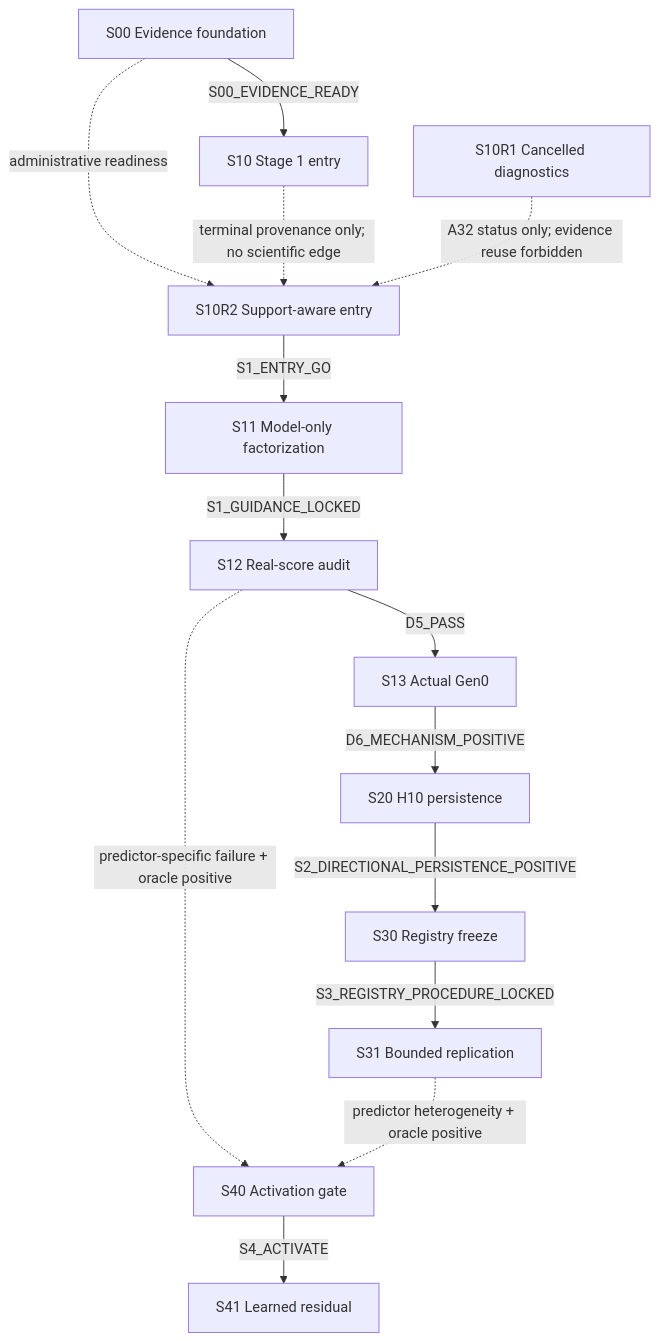
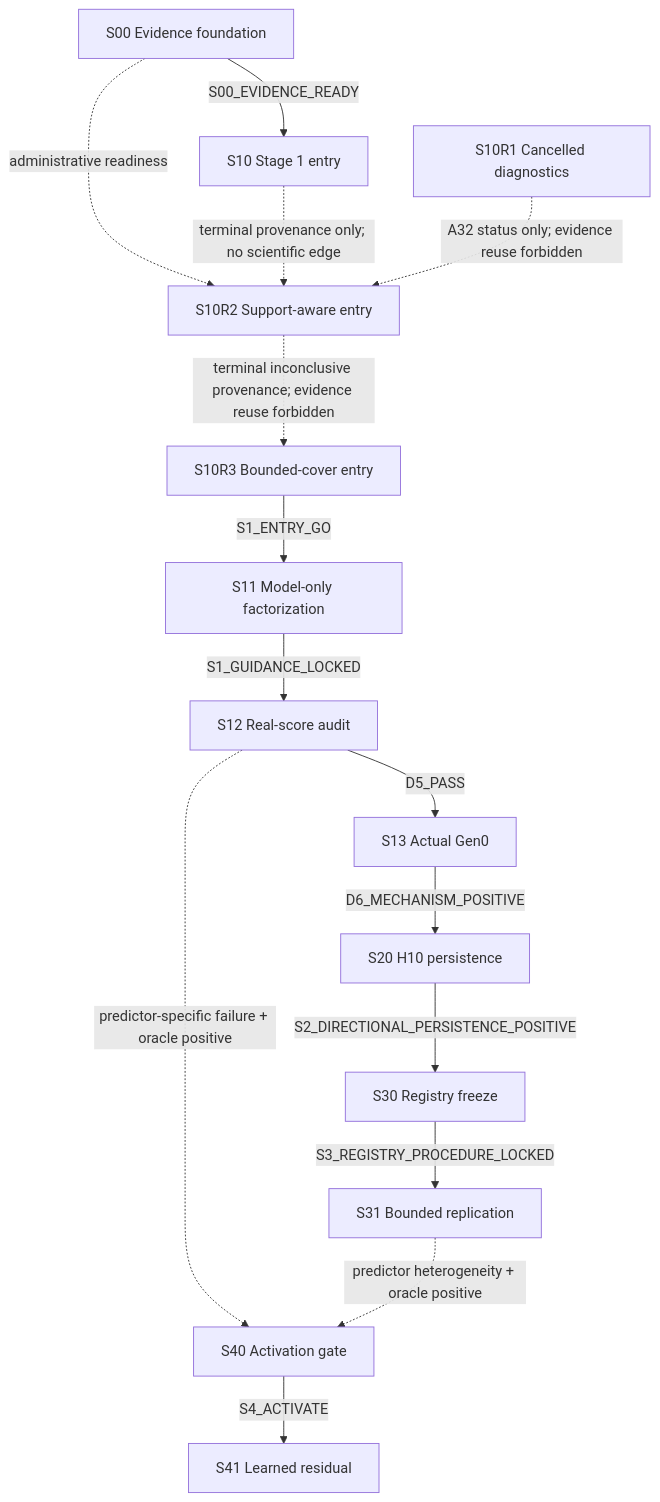
One commit to ppalee1217/rocm-libraries changed the diagram in study_docs/research/ductile-origami-warmstart/README.md. Above: the diagram before and after it, drawn with Mermaid. The commit also changed other lines of this file and 4 other files, not shown here.

Commit message:
study: authorize S10R3 bounded-cover entry recovery

````diff
--- a/study_docs/research/ductile-origami-warmstart/README.md
+++ b/study_docs/research/ductile-origami-warmstart/README.md
@@ -85,29 +88,31 @@
 ```mermaid
 flowchart TD
   s00["S00 Evidence foundation"]
   s10["S10 Stage 1 entry"]
   s10r1["S10R1 Cancelled diagnostics"]
   s10r2["S10R2 Support-aware entry"]
+  s10r3["S10R3 Bounded-cover entry"]
   s11["S11 Model-only factorization"]
   s12["S12 Real-score audit"]
   s13["S13 Actual Gen0"]
   s20["S20 H10 persistence"]
   s30["S30 Registry freeze"]
   s31["S31 Bounded replication"]
   s40["S40 Activation gate"]
   s41["S41 Learned residual"]
 
   s00 -->|"S00_EVIDENCE_READY"| s10
   s00 -. "administrative readiness" .-> s10r2
   s10 -. "terminal provenance only; no scientific edge" .-> s10r2
   s10r1 -. "A32 status only; evidence reuse forbidden" .-> s10r2
-  s10r2 -->|"S1_ENTRY_GO"| s11
+  s10r2 -. "terminal inconclusive provenance; evidence reuse forbidden" .-> s10r3
+  s10r3 -->|"S1_ENTRY_GO"| s11
   s11 -->|"S1_GUIDANCE_LOCKED"| s12
   s12 -->|"D5_PASS"| s13
   s13 -->|"D6_MECHANISM_POSITIVE"| s20
   s20 -->|"S2_DIRECTIONAL_PERSISTENCE_POSITIVE"| s30
   s30 -->|"S3_REGISTRY_PROCEDURE_LOCKED"| s31
   s12 -.->|"predictor-specific failure + oracle positive"| s40
   s31 -.->|"predictor heterogeneity + oracle positive"| s40
   s40 -->|"S4_ACTIVATE"| s41
 ```
````
